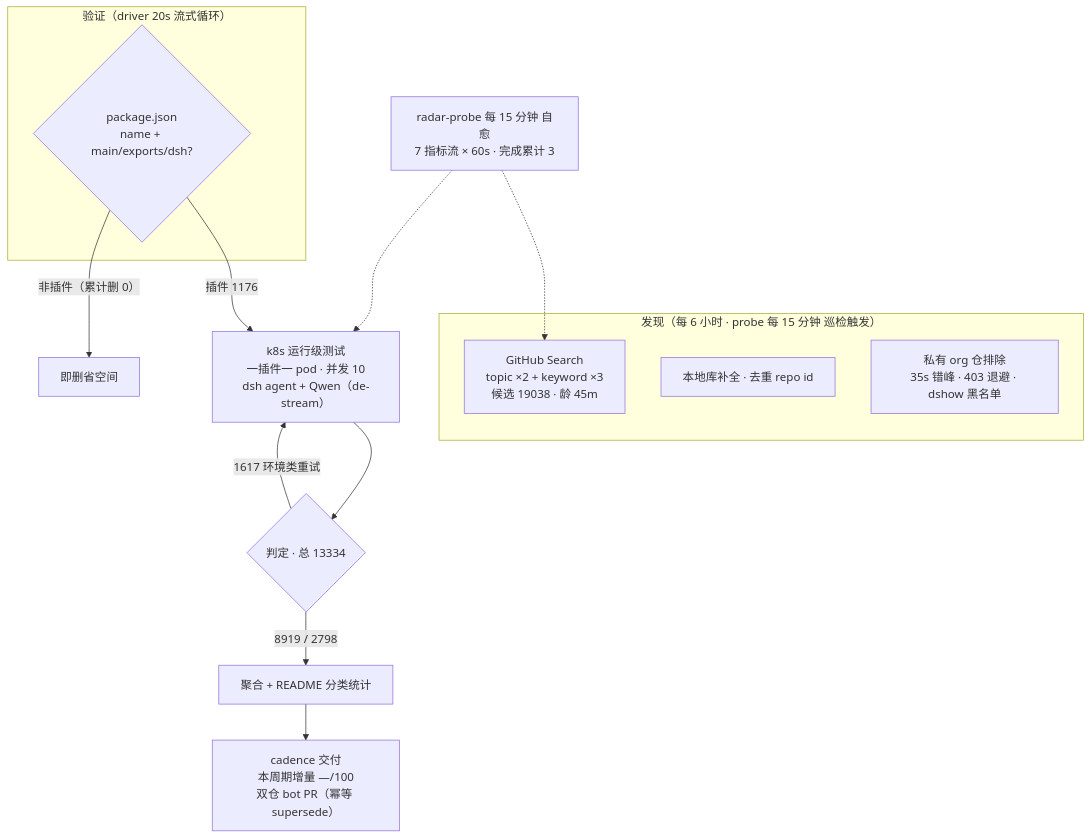
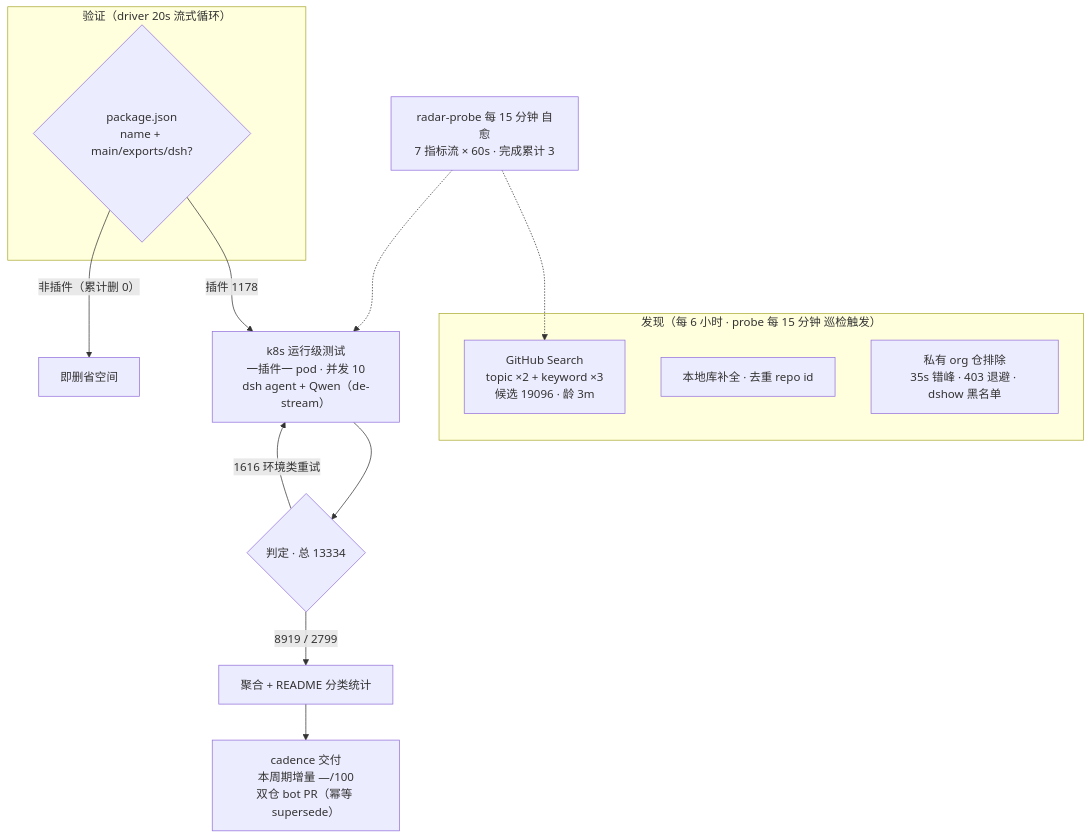
The diagram in README.md (Zhidao-Lab-OSS/awesome-dsh-plugins), drawn with Mermaid before and after one commit. The commit also changed other lines of this file and 1 other file, not shown here.

````diff
--- a/README.md
+++ b/README.md
@@ -53,20 +54,20 @@
 ```mermaid
 flowchart TB
     subgraph Discovery["发现（每 6 小时 · probe 每 15 分钟 巡检触发）"]
-        A1["GitHub Search<br/>topic ×2 + keyword ×3<br/>候选 19038 · 龄 45m"]
+        A1["GitHub Search<br/>topic ×2 + keyword ×3<br/>候选 19096 · 龄 3m"]
         A2["本地库补全 · 去重 repo id"]
         A3["私有 org 仓排除<br/>35s 错峰 · 403 退避 · dshow 黑名单"]
     end
     subgraph Validation["验证（driver 20s 流式循环）"]
         B1{"package.json<br/>name + main/exports/dsh?"}
     end
-    B1 -->|"插件 1176"| C1["k8s 运行级测试<br/>一插件一 pod · 并发 10<br/>dsh agent + Qwen（de-stream）"]
+    B1 -->|"插件 1178"| C1["k8s 运行级测试<br/>一插件一 pod · 并发 10<br/>dsh agent + Qwen（de-stream）"]
     B1 -->|"非插件（累计删 0）"| B3["即删省空间"]
     C1 --> D1{"判定 · 总 13334"}
-    D1 -->|"8919 / 2798"| E1["聚合 + README 分类统计"]
-    D1 -->|"1617 环境类重试"| C1
+    D1 -->|"8919 / 2799"| E1["聚合 + README 分类统计"]
+    D1 -->|"1616 环境类重试"| C1
     E1 --> E2["cadence 交付<br/>本周期增量 —/100<br/>双仓 bot PR（幂等 supersede）"]
     M["radar-probe 每 15 分钟 自愈<br/>7 指标流 × 60s · 完成累计 3"]
     M -.-> A1
     M -.-> C1
 ```
````
